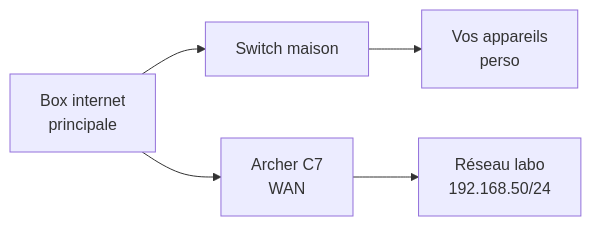
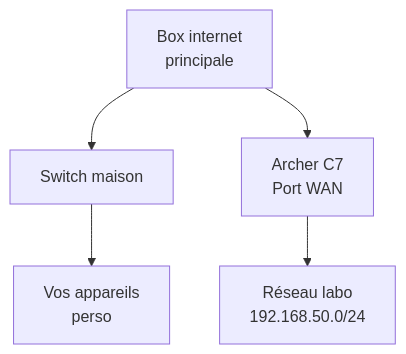
One commit to zyrass/omnydocs changed the second of 3 diagrams in docs/cursus-forensic/01-cycle-0-fondations/module-3-configuration-laboratoire/03-topologie-adressage.md. Above: the diagram before and after it, drawn with Mermaid. The commit also changed other lines of this file and 171 other files, not shown here.

````diff
--- a/docs/cursus-forensic/01-cycle-0-fondations/module-3-configuration-laboratoire/03-topologie-adressage.md
+++ b/docs/cursus-forensic/01-cycle-0-fondations/module-3-configuration-laboratoire/03-topologie-adressage.md
@@ -92,7 +127,7 @@
 ```mermaid
-flowchart LR
-    A[Box internet<br>principale] --> B[Switch maison]
-    B --> C[Vos appareils<br>perso]
-    A --> D[Archer C7<br>WAN]
-    D --> E[Réseau labo<br>192.168.50/24]
+flowchart TB
+    A["Box internet<br>principale"] --> B["Switch maison"]
+    B --> C["Vos appareils<br>perso"]
+    A --> D["Archer C7<br>Port WAN"]
+    D --> E["Réseau labo<br>192.168.50.0/24"]
 ```
````
